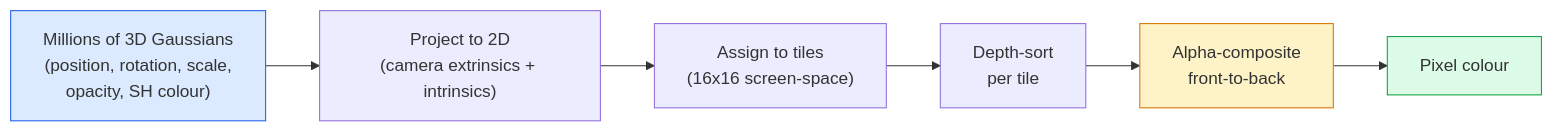
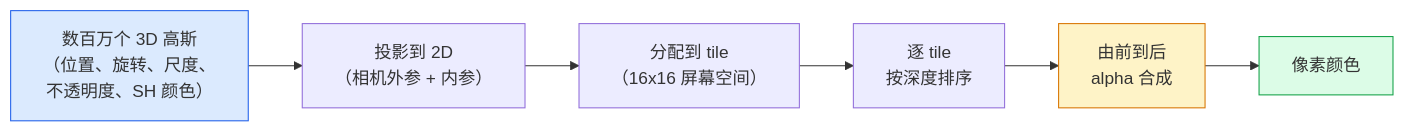
One commit to JerryC8080/ai-engineering-from-scratch-zh changed the diagram in phases/04-computer-vision/22-3d-gaussian-splatting/docs/zh.md. Above: the diagram before and after it, drawn with Mermaid. The commit also changed 156 other files, not shown here.

First line of the commit message:
i18n(zh): translate mermaid diagram labels in 157 lesson zh.md

````diff
--- a/phases/04-computer-vision/22-3d-gaussian-splatting/docs/zh.md
+++ b/phases/04-computer-vision/22-3d-gaussian-splatting/docs/zh.md
@@ -47,12 +47,12 @@
 ```mermaid
 flowchart LR
-    SCENE["Millions of 3D Gaussians<br/>(position, rotation, scale,<br/>opacity, SH colour)"] --> PROJ["Project to 2D<br/>(camera extrinsics + intrinsics)"]
-    PROJ --> TILES["Assign to tiles<br/>(16x16 screen-space)"]
-    TILES --> SORT["Depth-sort<br/>per tile"]
-    SORT --> ALPHA["Alpha-composite<br/>front-to-back"]
-    ALPHA --> PIX["Pixel colour"]
+    SCENE["数百万个 3D 高斯<br/>（位置、旋转、尺度、<br/>不透明度、SH 颜色）"] --> PROJ["投影到 2D<br/>（相机外参 + 内参）"]
+    PROJ --> TILES["分配到 tile<br/>（16x16 屏幕空间）"]
+    TILES --> SORT["逐 tile<br/>按深度排序"]
+    SORT --> ALPHA["由前到后<br/>alpha 合成"]
+    ALPHA --> PIX["像素颜色"]
 
     style SCENE fill:#dbeafe,stroke:#2563eb
     style ALPHA fill:#fef3c7,stroke:#d97706
     style PIX fill:#dcfce7,stroke:#16a34a
 ```
````
